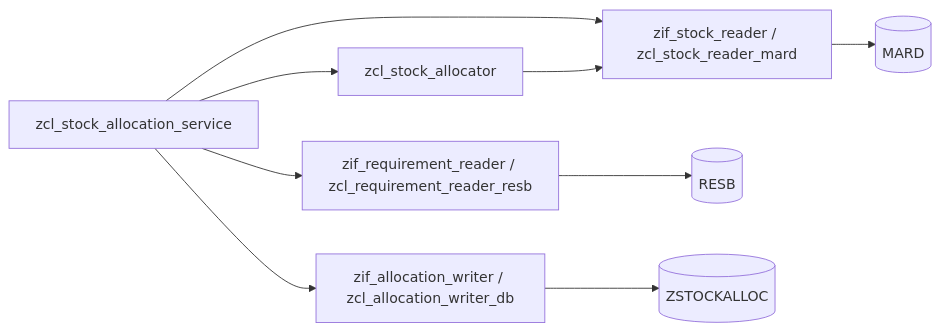
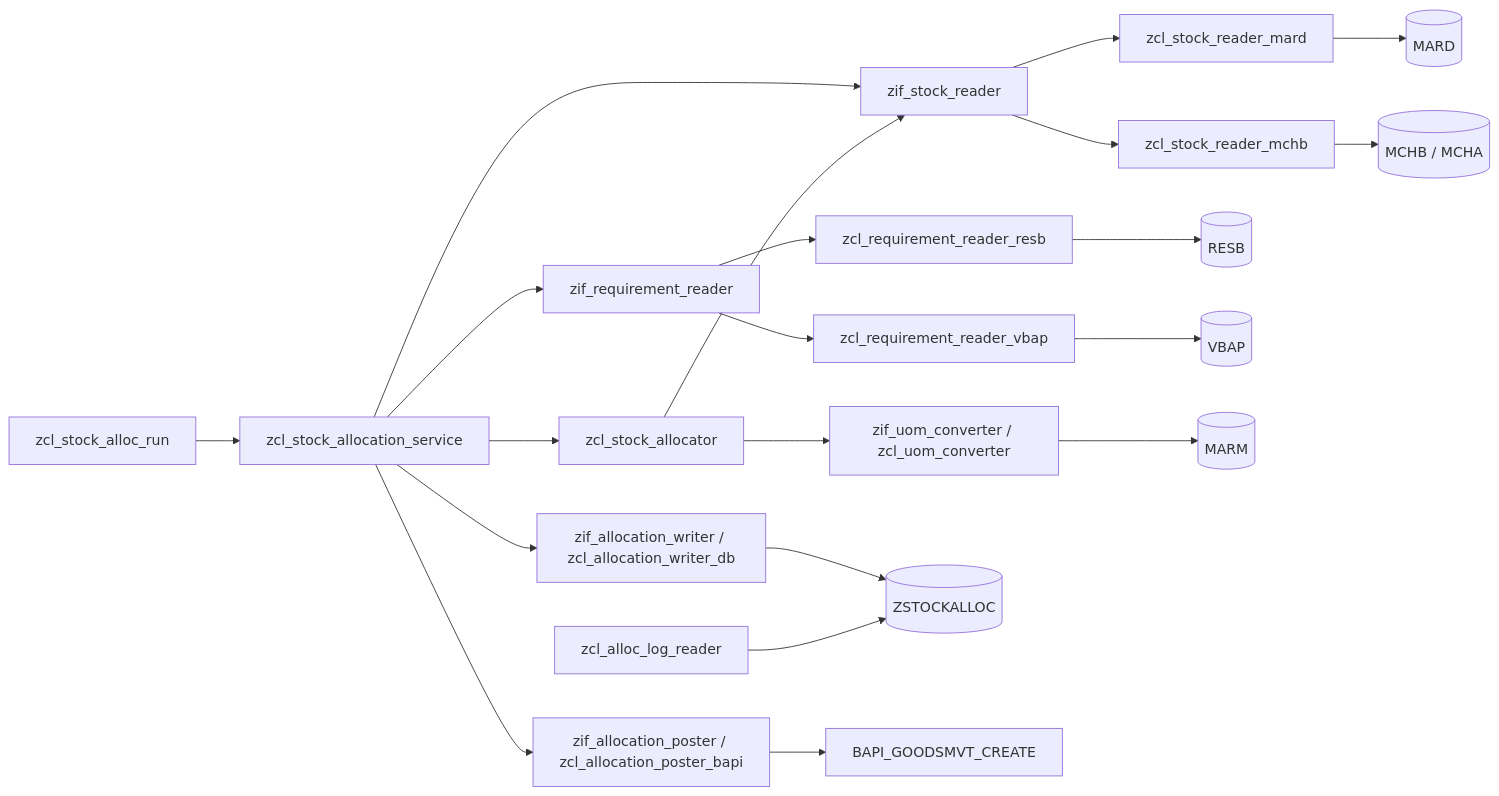
One commit to larshp/stock-allocation-fun changed the diagram in README.md. Above: the diagram before and after it, drawn with Mermaid. The commit also changed other lines of this file and 25 other files, not shown here.

````diff
--- a/README.md
+++ b/README.md
@@ -37,17 +37,37 @@
 ```mermaid
 flowchart LR
   SVC[zcl_stock_allocation_service]
-  SR[zif_stock_reader / zcl_stock_reader_mard]
-  RR[zif_requirement_reader / zcl_requirement_reader_resb]
+  SR[zif_stock_reader]
+  SRM[zcl_stock_reader_mard]
+  SRB[zcl_stock_reader_mchb]
+  RR[zif_requirement_reader]
+  RRS[zcl_requirement_reader_resb]
+  RRV[zcl_requirement_reader_vbap]
   AL[zcl_stock_allocator]
+  UC[zif_uom_converter / zcl_uom_converter]
   WR[zif_allocation_writer / zcl_allocation_writer_db]
+  PO[zif_allocation_poster / zcl_allocation_poster_bapi]
+  RUN[zcl_stock_alloc_run]
+  LR[zcl_alloc_log_reader]
 
+  RUN --> SVC
   SVC --> SR
   SVC --> RR
   SVC --> AL
+  SVC --> WR
+  SVC --> PO
   AL --> SR
-  SVC --> WR
-  SR --> MARD[(MARD)]
-  RR --> RESB[(RESB)]
+  AL --> UC
+  SR --> SRM
+  SR --> SRB
+  RR --> RRS
+  RR --> RRV
+  SRM --> MARD[(MARD)]
+  SRB --> MCHB[(MCHB / MCHA)]
+  RRS --> RESB[(RESB)]
+  RRV --> VBAP[(VBAP)]
+  UC --> MARM[(MARM)]
   WR --> LOG[(ZSTOCKALLOC)]
+  LR --> LOG[(ZSTOCKALLOC)]
+  PO --> BAPI[BAPI_GOODSMVT_CREATE]
 ```
````
